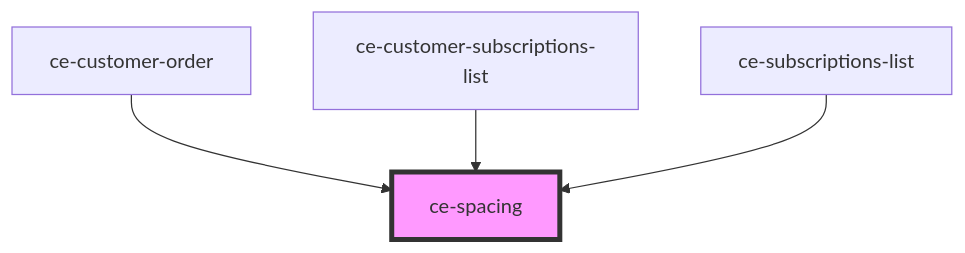
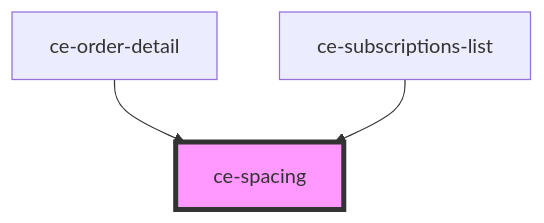
The diagram in packages/components/src/components/ui/spacing/readme.md (surecart/surecart-wp-plugin), drawn with Mermaid before and after one commit. The commit also changed other lines of this file and 162 other files, not shown here.

````diff
--- a/packages/components/src/components/ui/spacing/readme.md
+++ b/packages/components/src/components/ui/spacing/readme.md
@@ -17,7 +16,6 @@
 ```mermaid
 graph TD;
-  ce-customer-order --> ce-spacing
-  ce-customer-subscriptions-list --> ce-spacing
+  ce-order-detail --> ce-spacing
   ce-subscriptions-list --> ce-spacing
   style ce-spacing fill:#f9f,stroke:#333,stroke-width:4px
 ```
````
